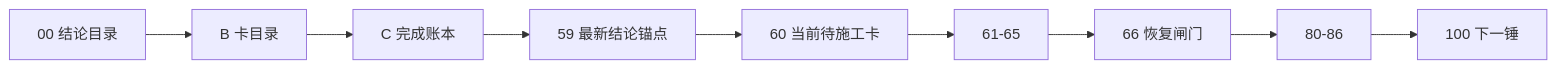
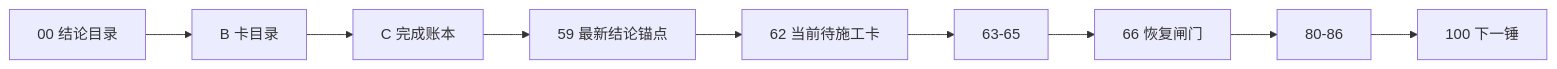
The diagram in docs/03-execution/A-execution-reading-order-20260409.md (everything-is-simple/lifespan-0.01), drawn with Mermaid before and after one commit. The commit also changed other lines of this file and 14 other files, not shown here.

````diff
--- a/docs/03-execution/A-execution-reading-order-20260409.md
+++ b/docs/03-execution/A-execution-reading-order-20260409.md
@@ -34,11 +34,11 @@
 ```mermaid
 flowchart LR
     CONC["00 结论目录"] --> BCAT["B 卡目录"]
     BCAT --> CLED["C 完成账本"]
     CLED --> ANC["59 最新结论锚点"]
-    ANC --> G60["60 当前待施工卡"]
-    G60 --> G65["61-65"]
+    ANC --> G60["62 当前待施工卡"]
+    G60 --> G65["63-65"]
     G65 --> G66["66 恢复闸门"]
     G66 --> G80["80-86"]
     G80 --> NEXT["100 下一锤"]
 ```
````
